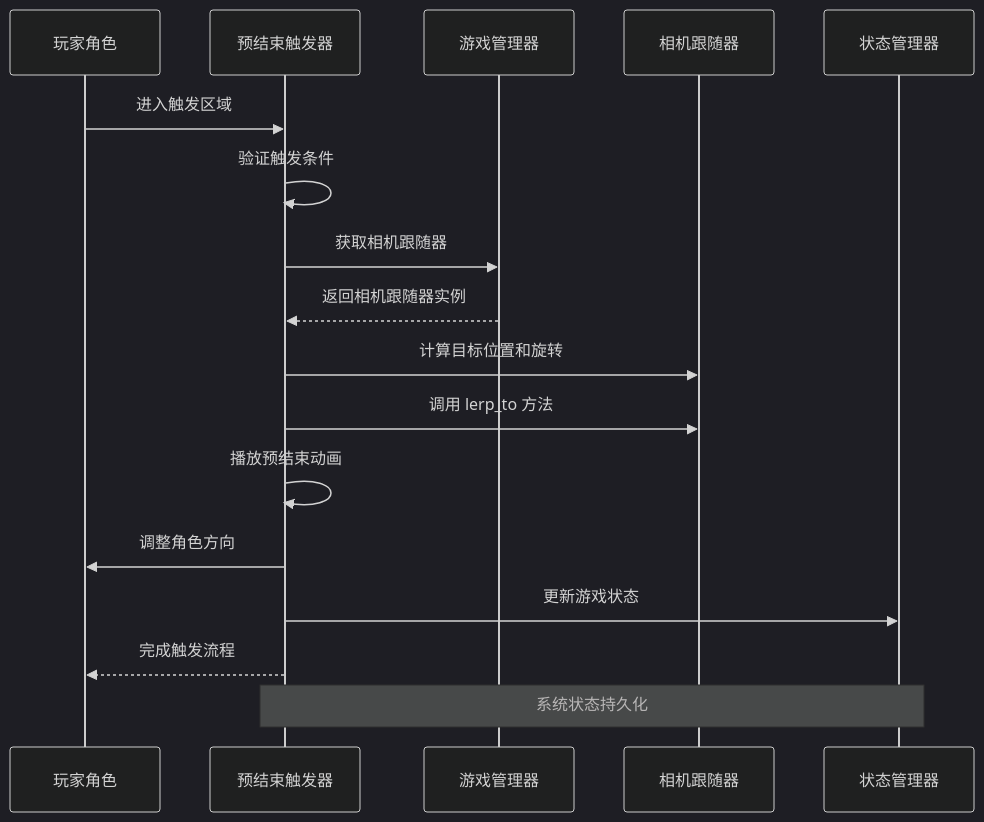
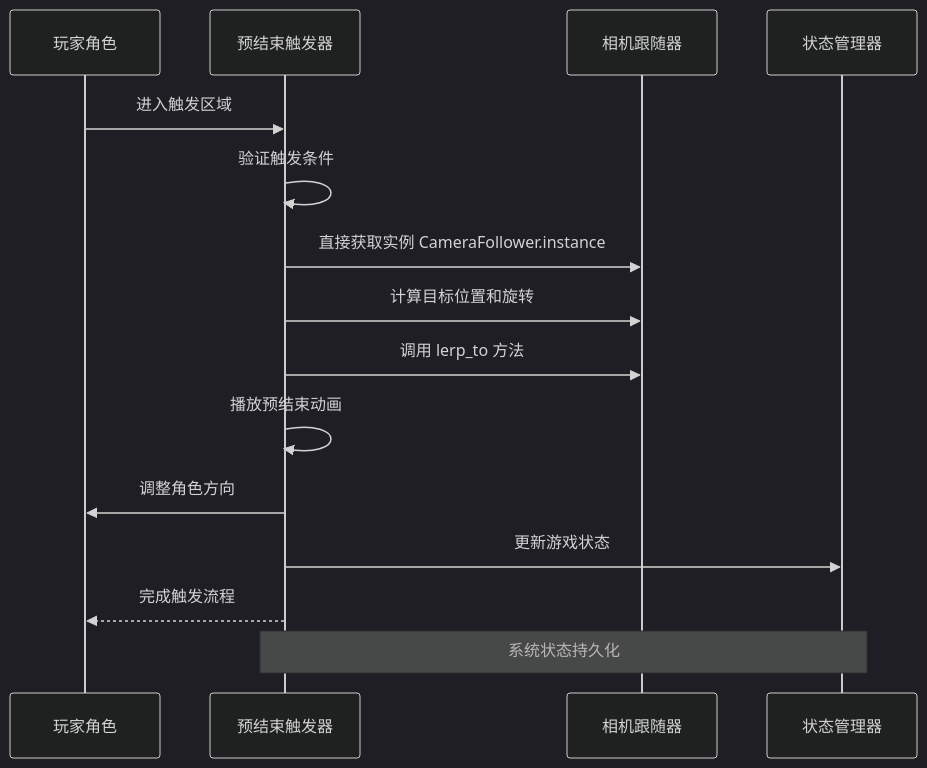
One commit to godotline/godot-line changed the second of 6 diagrams in .qoder/repowiki/zh/content/游戏系统/触发器系统/预结束触发器.md. Above: the diagram before and after it, drawn with Mermaid (dark theme). The commit also changed other lines of this file and 13 other files, not shown here.

````diff
--- a/.qoder/repowiki/zh/content/游戏系统/触发器系统/预结束触发器.md
+++ b/.qoder/repowiki/zh/content/游戏系统/触发器系统/预结束触发器.md
@@ -126,19 +121,17 @@
 ```mermaid
 sequenceDiagram
 participant Player as 玩家角色
 participant Trigger as 预结束触发器
-participant Manager as 游戏管理器
 participant Camera as 相机跟随器
 participant State as 状态管理器
 Player->>Trigger : 进入触发区域
 Trigger->>Trigger : 验证触发条件
-Trigger->>Manager : 获取相机跟随器
-Manager-->>Trigger : 返回相机跟随器实例
+Trigger->>Camera : 直接获取实例 CameraFollower.instance
 Trigger->>Camera : 计算目标位置和旋转
 Trigger->>Camera : 调用 lerp_to 方法
 Trigger->>Trigger : 播放预结束动画
 Trigger->>Player : 调整角色方向
 Trigger->>State : 更新游戏状态
 Trigger-->>Player : 完成触发流程
 Note over Trigger,State : 系统状态持久化
 ```
````
